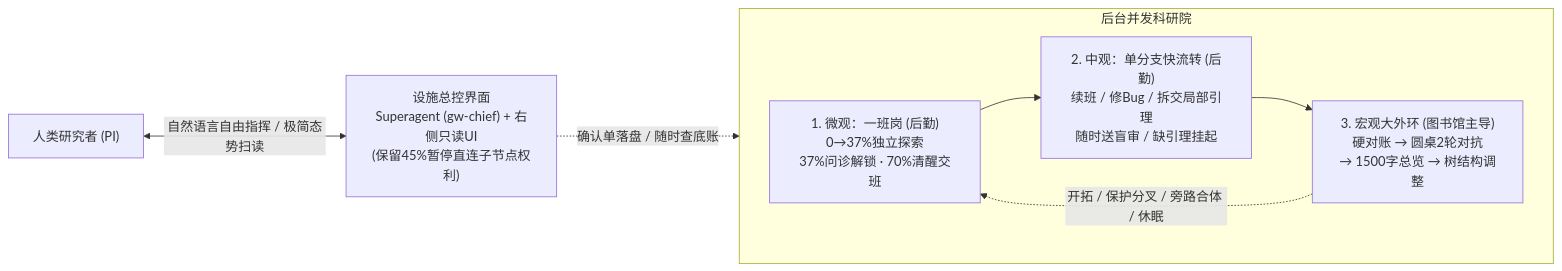
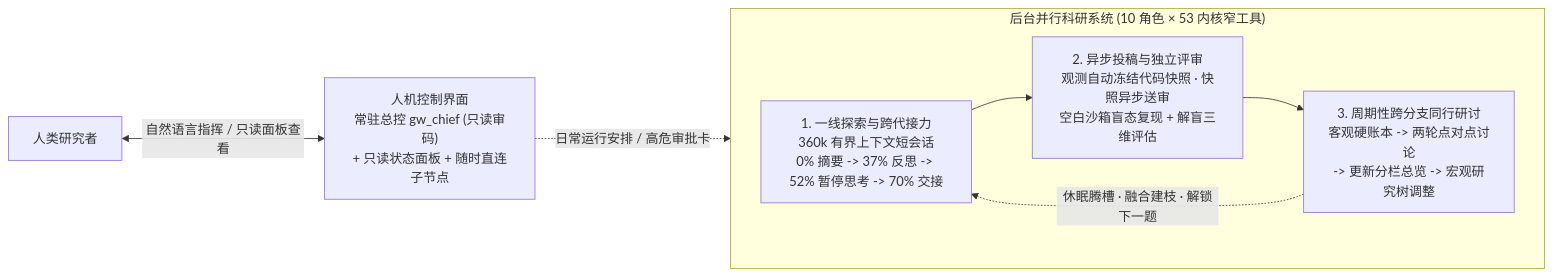
Before and after one commit to Qingzhu093/greatwall-agent: the diagram in README.md, drawn with Mermaid. The commit also changed other lines of this file and 110 other files, not shown here.

````diff
--- a/README.md
+++ b/README.md
@@ -37,11 +38,11 @@
 ```mermaid
 flowchart LR
-    H["人类研究者 (PI)"] <-->|"自然语言自由指挥 / 极简态势扫读"| SA["设施总控界面\nSuperagent (gw-chief) + 右侧只读UI\n(保留45%暂停直连子节点权利)"]
-    SA -.->|"确认单落盘 / 随时查底账"| CORE
-    subgraph CORE["后台并发科研院"]
+    H["人类研究者"] <-->|"自然语言指挥 / 只读面板查看"| SA["人机控制界面\n常驻总控 gw_chief (只读审码)\n+ 只读状态面板 + 随时直连子节点"]
+    SA -.->|"日常运行安排 / 高危审批卡"| CORE
+    subgraph CORE["后台并行科研系统 (10 角色 × 53 内核窄工具)"]
         direction LR
-        M1["1. 微观：一班岗 (后勤)\n0→37%独立探索\n37%问诊解锁 · 70%清醒交班"] --> M2["2. 中观：单分支快流转 (后勤)\n续班 / 修Bug / 拆交局部引理\n随时送盲审 / 缺引理挂起"]
-        M2 --> M3["3. 宏观大外环 (图书馆主导)\n硬对账 → 圆桌2轮对抗\n→ 1500字总览 → 树结构调整"]
-        M3 -.->|"开拓 / 保护分叉 / 旁路合体 / 休眠"| M1
+        M1["1. 一线探索与跨代接力\n360k 有界上下文短会话\n0% 摘要 -> 37% 反思 -> 52% 暂停思考 -> 70% 交接"] --> M2["2. 异步投稿与独立评审\n观测自动冻结代码快照 · 快照异步送审\n空白沙箱盲态复现 + 解盲三维评估"]
+        M2 --> M3["3. 周期性跨分支同行研讨\n客观硬账本 -> 两轮点对点讨论\n-> 更新分栏总览 -> 宏观研究树调整"]
+        M3 -.->|"休眠腾槽 · 融合建枝 · 解锁下一题"| M1
     end
 ```
````
